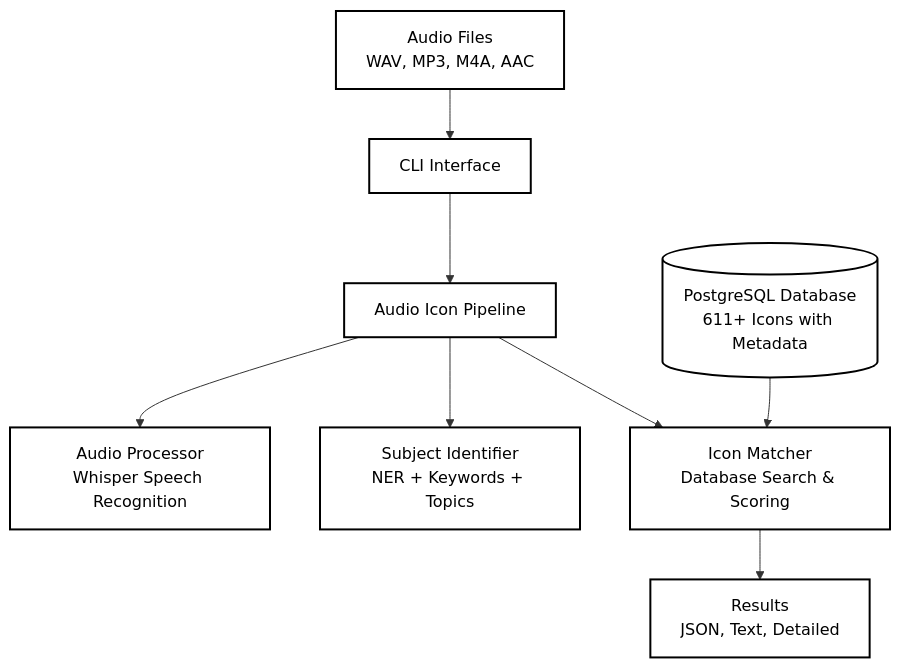
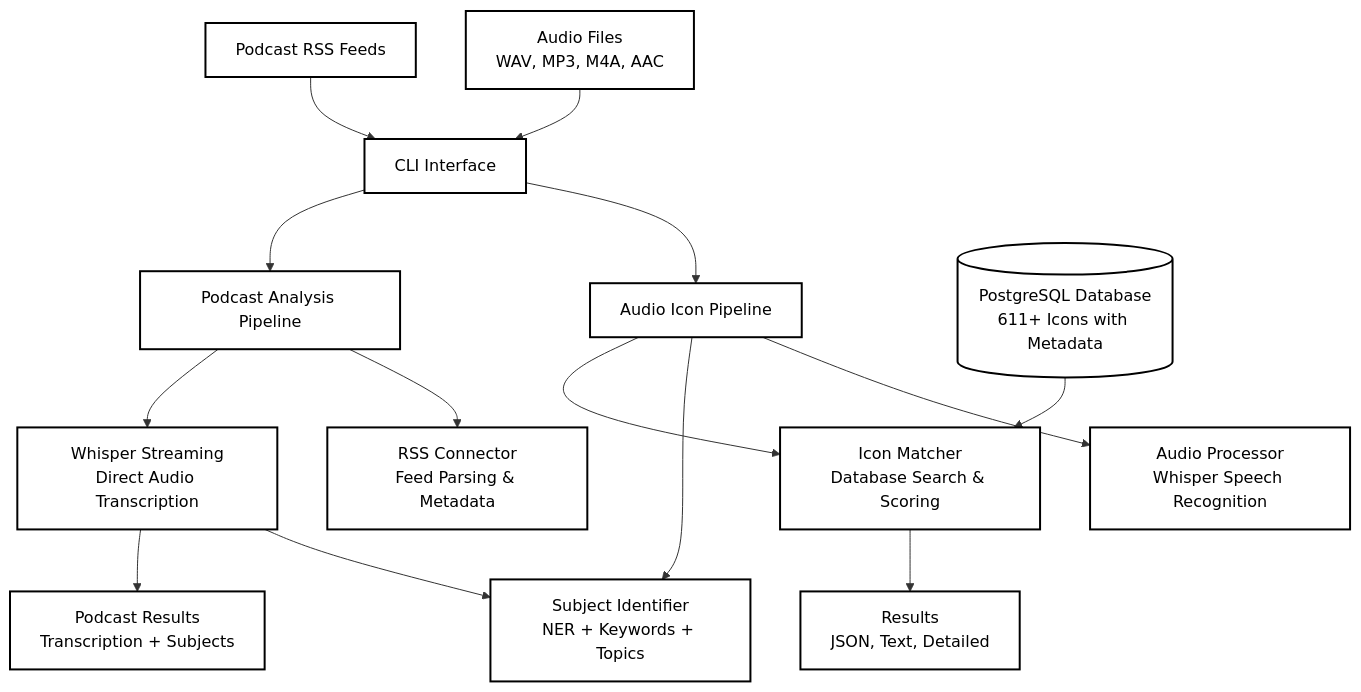
The first of 3 diagrams in docs/architecture.md (spryify/story-curator), drawn with Mermaid before and after one commit. The commit also changed other lines of this file and 5 other files, not shown here.

Commit message:
feat: Add podcast analysis architecture and update documentation references

````diff
--- a/docs/architecture.md
+++ b/docs/architecture.md
@@ -106,24 +107,32 @@
 ```mermaid
 flowchart TD
     %% Input
     A[Audio Files<br/>WAV, MP3, M4A, AAC] --> B[CLI Interface]
+    P[Podcast RSS Feeds] --> B
     
     %% Main Pipeline
     B --> C[Audio Icon Pipeline]
+    B --> PC[Podcast Analysis Pipeline]
     
     %% Core Processing
     C --> D[Audio Processor<br/>Whisper Speech Recognition]
     C --> E[Subject Identifier<br/>NER + Keywords + Topics]
     C --> F[Icon Matcher<br/>Database Search & Scoring]
     
+    %% Podcast Processing  
+    PC --> PR[RSS Connector<br/>Feed Parsing & Metadata]
+    PC --> PT[Whisper Streaming<br/>Direct Audio Transcription]
+    PT --> E
+    
     %% Data Storage
     G[(PostgreSQL Database<br/>611+ Icons with Metadata)] --> F
     
     %% Output
     F --> H[Results<br/>JSON, Text, Detailed]
+    PT --> PS[Podcast Results<br/>Transcription + Subjects]
     
     %% Clean black and white styling
     classDef default fill:#fff,stroke:#000,stroke-width:2px,color:#000
     
-    class A,B,C,D,E,F,G,H default
+    class A,B,C,D,E,F,G,H,P,PC,PR,PT,PS default
 ```
````
